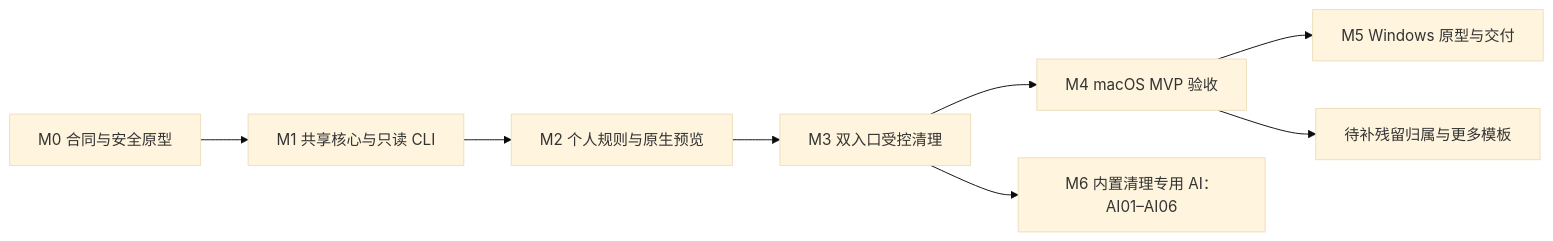
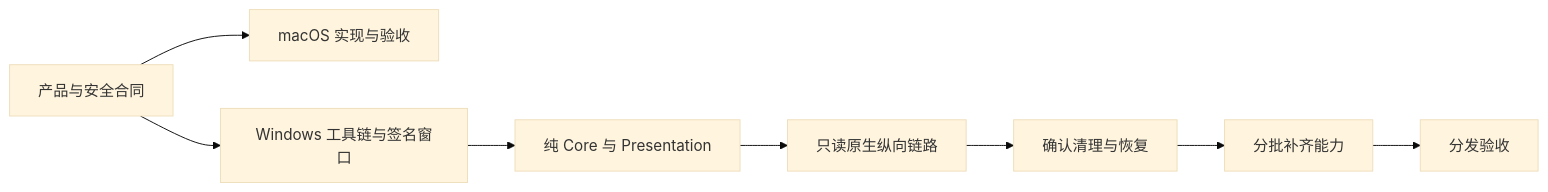
Before and after one commit to limecloud/shou: the diagram in docs/zh-CN/engineering/implementation-plan.md, drawn with Mermaid (base theme). The commit also changed other lines of this file and 312 other files, not shown here.

````diff
--- a/docs/zh-CN/engineering/implementation-plan.md
+++ b/docs/zh-CN/engineering/implementation-plan.md
@@ -39,10 +22,10 @@
 ```mermaid
 flowchart LR
-    M0[M0 合同与安全原型] --> M1[M1 共享核心与只读 CLI]
-    M1 --> M2[M2 个人规则与原生预览]
-    M2 --> M3[M3 双入口受控清理]
-    M3 --> M4[M4 macOS MVP 验收]
-    M4 --> M5[M5 Windows 原型与交付]
-    M3 --> M6[M6 内置清理专用 AI：AI01–AI06]
-    M4 --> Later[待补残留归属与更多模板]
+    Contracts[产品与安全合同] --> Mac[macOS 实现与验收]
+    Contracts --> WN01[Windows 工具链与签名窗口]
+    WN01 --> WN02[纯 Core 与 Presentation]
+    WN02 --> WN03[只读原生纵向链路]
+    WN03 --> WN04[确认清理与恢复]
+    WN04 --> WN05[分批补齐能力]
+    WN05 --> WN06[分发验收]
 ```
````
